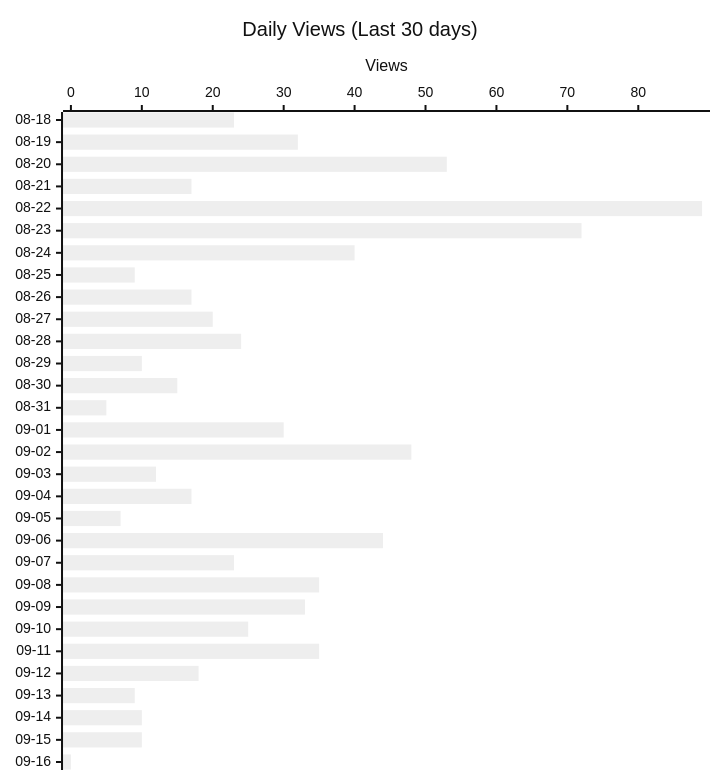
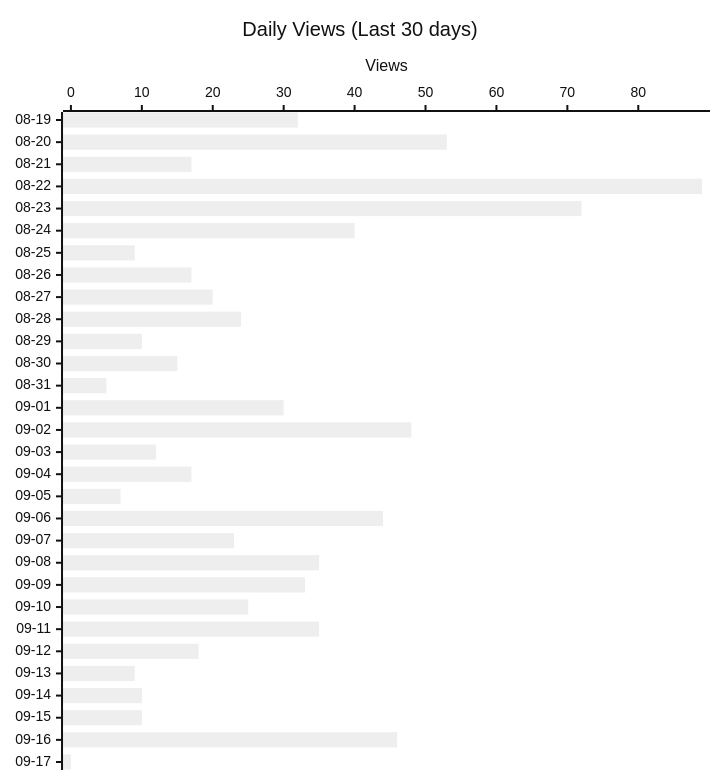
Before and after one commit to shigechika/github-insights: the second of 4 diagrams in README.md, drawn with Mermaid (neutral theme). The commit also changed other lines of this file and 2 other files, not shown here.

````diff
--- a/README.md
+++ b/README.md
@@ -28,12 +28,12 @@
 ```mermaid
 ---
 config:
   xyChart:
     height: 760
 ---
 xychart-beta horizontal
     title "Daily Views (Last 30 days)"
-    x-axis ["08-18", "08-19", "08-20", "08-21", "08-22", "08-23", "08-24", "08-25", "08-26", "08-27", "08-28", "08-29", "08-30", "08-31", "09-01", "09-02", "09-03", "09-04", "09-05", "09-06", "09-07", "09-08", "09-09", "09-10", "09-11", "09-12", "09-13", "09-14", "09-15", "09-16"]
+    x-axis ["08-19", "08-20", "08-21", "08-22", "08-23", "08-24", "08-25", "08-26", "08-27", "08-28", "08-29", "08-30", "08-31", "09-01", "09-02", "09-03", "09-04", "09-05", "09-06", "09-07", "09-08", "09-09", "09-10", "09-11", "09-12", "09-13", "09-14", "09-15", "09-16", "09-17"]
     y-axis "Views"
-    bar [23, 32, 53, 17, 89, 72, 40, 9, 17, 20, 24, 10, 15, 5, 30, 48, 12, 17, 7, 44, 23, 35, 33, 25, 35, 18, 9, 10, 10, 0]
+    bar [32, 53, 17, 89, 72, 40, 9, 17, 20, 24, 10, 15, 5, 30, 48, 12, 17, 7, 44, 23, 35, 33, 25, 35, 18, 9, 10, 10, 46, 0]
 ```
````
